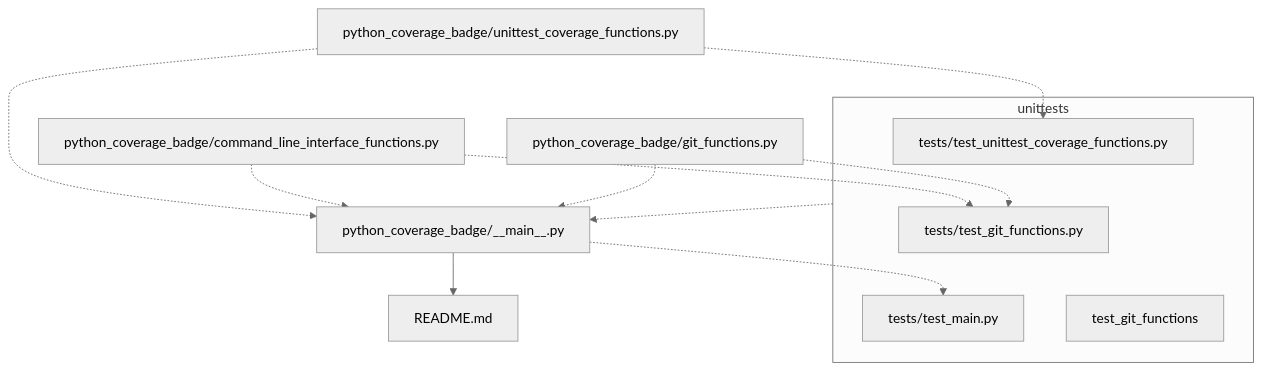
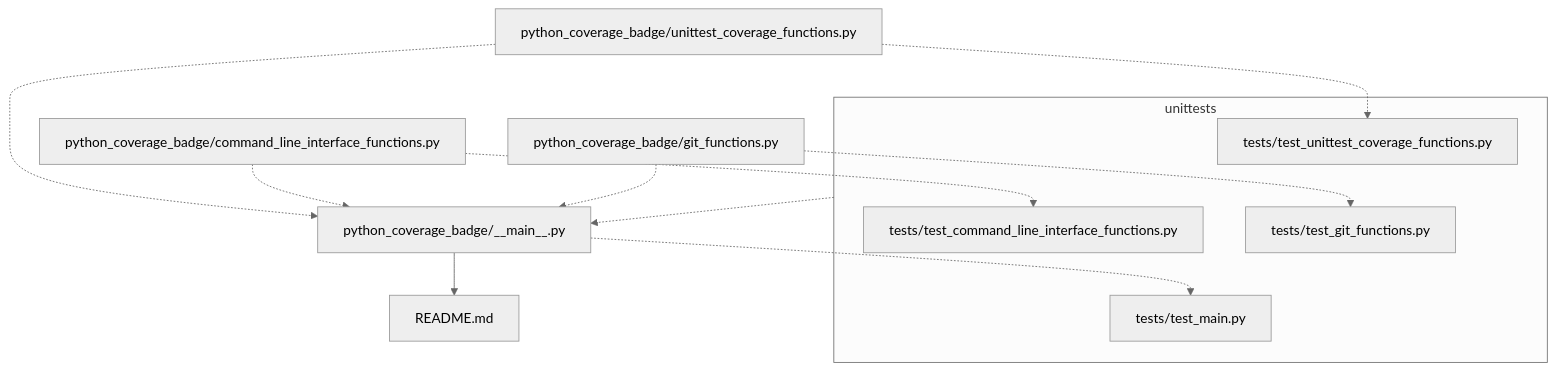
Before and after one commit to JosephCrispell/coverage_shield: the diagram in README.md, drawn with Mermaid (neutral theme).

Commit message:
Fixing mermaid connections

````diff
--- a/README.md
+++ b/README.md
@@ -98,18 +98,18 @@
 ```mermaid
   graph TD
     coverage_functions[python_coverage_badge/unittest_coverage_functions.py] .-> main[python_coverage_badge/__main__.py];
     coverage_functions .-> test_coverage[tests/test_unittest_coverage_functions.py];
     main --> readme[README.md];
     main .-> test_main[tests/test_main.py];
     cli_functions[python_coverage_badge/command_line_interface_functions.py] .-> main;
     cli_functions .-> test_cli[tests/test_command_line_interface_functions.py];
     git_functions[python_coverage_badge/git_functions.py] .-> main;
-    git_functions .-> test_cli[tests/test_git_functions.py];
+    git_functions .-> test_git[tests/test_git_functions.py];
     subgraph "unittests"
         test_coverage;
         test_cli;
-        test_git_functions;
+        test_git;
         test_main;
     end
     unittests .-> main
 ```
````
